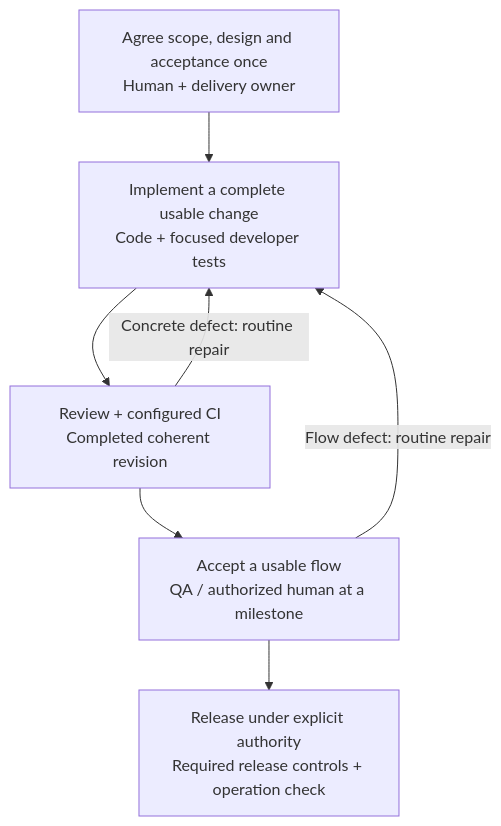
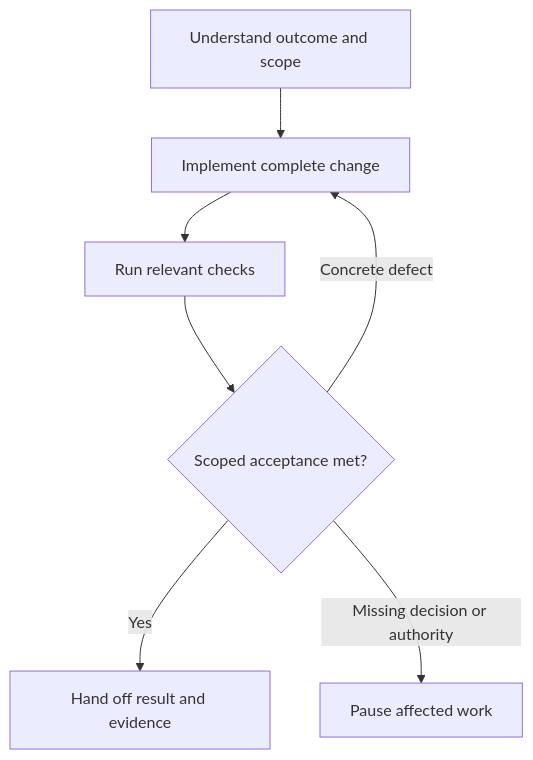
The diagram in README.md (khiemnd777/agent-kit), drawn with Mermaid before and after one commit. The commit also changed other lines of this file and 95 other files, not shown here.

````diff
--- a/README.md
+++ b/README.md
@@ -20,12 +20,9 @@
 ```mermaid
 flowchart TD
-    A["Agree scope, design and acceptance once<br/>Human + delivery owner"]
-    B["Implement a complete usable change<br/>Code + focused developer tests"]
-    C["Review + configured CI<br/>Completed coherent revision"]
-    D["Accept a usable flow<br/>QA / authorized human at a milestone"]
-    E["Release under explicit authority<br/>Required release controls + operation check"]
-
-    A --> B --> C --> D --> E
-    C -->|Concrete defect: routine repair| B
-    D -->|Flow defect: routine repair| B
+    A["Understand outcome and scope"] --> B["Implement complete change"]
+    B --> C["Run relevant checks"]
+    C --> D{"Scoped acceptance met?"}
+    D -->|Yes| E["Hand off result and evidence"]
+    D -->|Concrete defect| B
+    D -->|Missing decision or authority| F["Pause affected work"]
 ```
````
